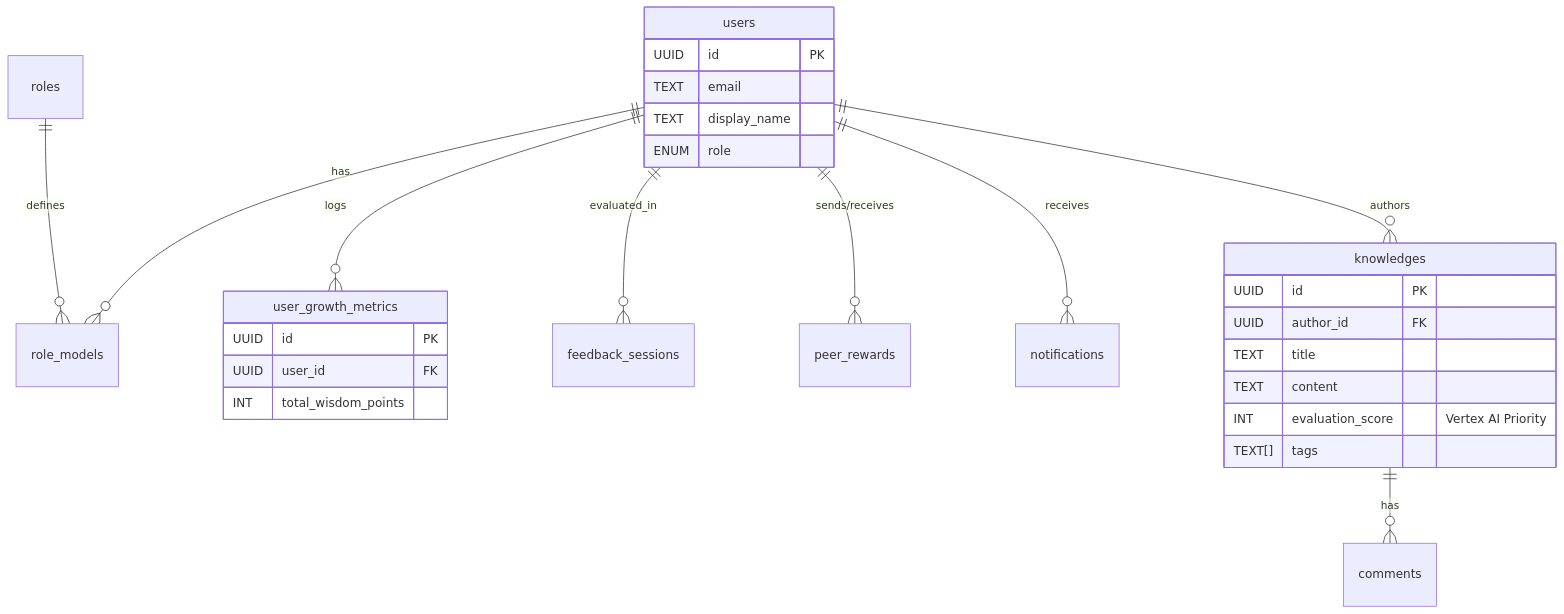
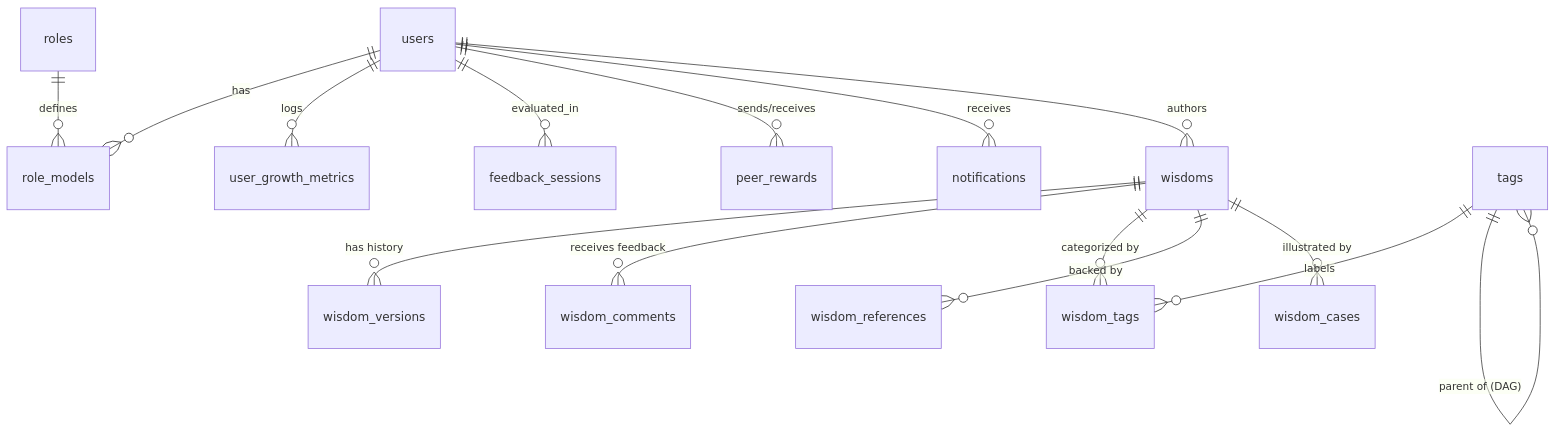
Before and after one commit to nekomasaru/owlight_one: the diagram in docs/01_DATABASE_SCHEMA.md, drawn with Mermaid. The commit also changed other lines of this file and 59 other files, not shown here.

````diff
--- a/docs/01_DATABASE_SCHEMA.md
+++ b/docs/01_DATABASE_SCHEMA.md
@@ -15,36 +34,20 @@
 ```mermaid
 erDiagram
     users ||--o{ role_models : "has"
     users ||--o{ user_growth_metrics : "logs"
     users ||--o{ feedback_sessions : "evaluated_in"
     users ||--o{ peer_rewards : "sends/receives"
     users ||--o{ notifications : "receives"
-    users ||--o{ knowledges : "authors"
+    users ||--o{ wisdoms : "authors"
     
     roles ||--o{ role_models : "defines"
     
-    knowledges ||--o{ comments : "has"
+    wisdoms ||--o{ wisdom_versions : "has history"
+    wisdoms ||--o{ wisdom_comments : "receives feedback"
+    wisdoms ||--o{ wisdom_tags : "categorized by"
+    wisdoms ||--o{ wisdom_references : "backed by"
+    wisdoms ||--o{ wisdom_cases : "illustrated by"
     
-    users {
-        UUID id PK
-        TEXT email
-        TEXT display_name
-        ENUM role
-    }
-
-    knowledges {
-        UUID id PK
-        UUID author_id FK
-        TEXT title
-        TEXT content
-        INT evaluation_score "Vertex AI Priority"
-        TEXT[] tags
-    }
-
-    user_growth_metrics {
-        UUID id PK
-        UUID user_id FK
-        INT total_wisdom_points
-    }
-
+    tags ||--o{ wisdom_tags : "labels"
+    tags ||--o{ tags : "parent of (DAG)"
 ```
````
